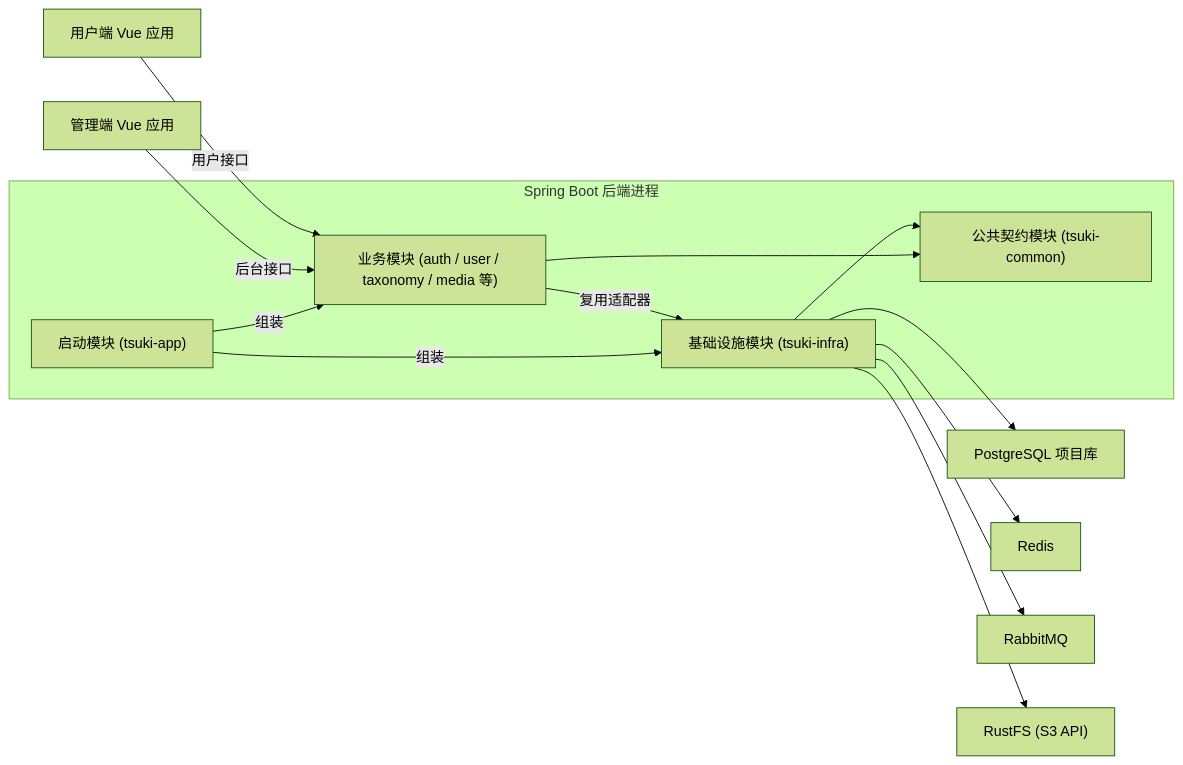
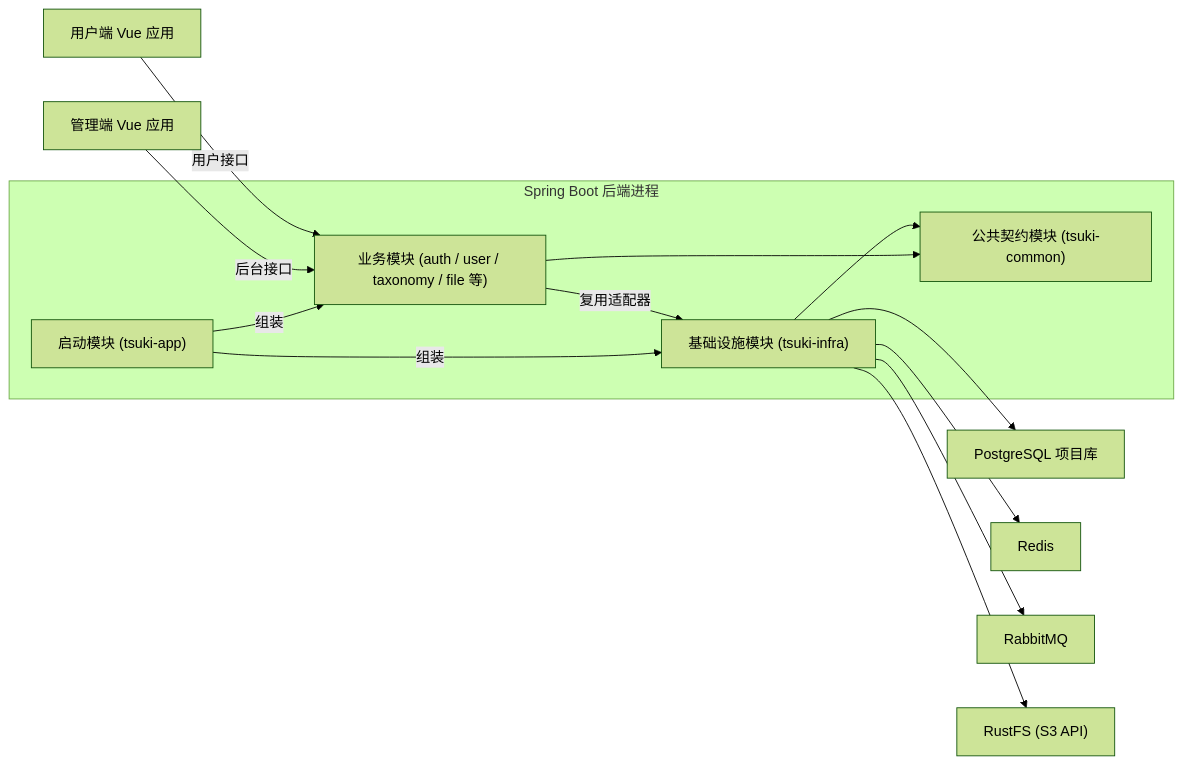
Before and after one commit to 0Elaina/tsuki: the diagram in docs/01-project-overview.md, drawn with Mermaid (forest theme). The commit also changed other lines of this file and 4 other files, not shown here.

````diff
--- a/docs/01-project-overview.md
+++ b/docs/01-project-overview.md
@@ -14,16 +14,16 @@
 ```mermaid
 flowchart LR
     subgraph Server["Spring Boot 后端进程"]
-        App["启动模块 (tsuki-app)"] -->|组装| Business["业务模块 (auth / user / taxonomy / media 等)"]
+        App["启动模块 (tsuki-app)"] -->|组装| Business["业务模块 (auth / user / taxonomy / file 等)"]
         App -->|组装| Infra["基础设施模块 (tsuki-infra)"]
         Business -->|复用适配器| Infra
         Business --> Common["公共契约模块 (tsuki-common)"]
         Infra --> Common
     end
     Admin["管理端 Vue 应用"] -->|后台接口| Business
     User["用户端 Vue 应用"] -->|用户接口| Business
     Infra --> Postgres["PostgreSQL 项目库"]
     Infra --> Redis["Redis"]
     Infra --> RabbitMQ["RabbitMQ"]
     Infra --> RustFS["RustFS (S3 API)"]
 ```
````
